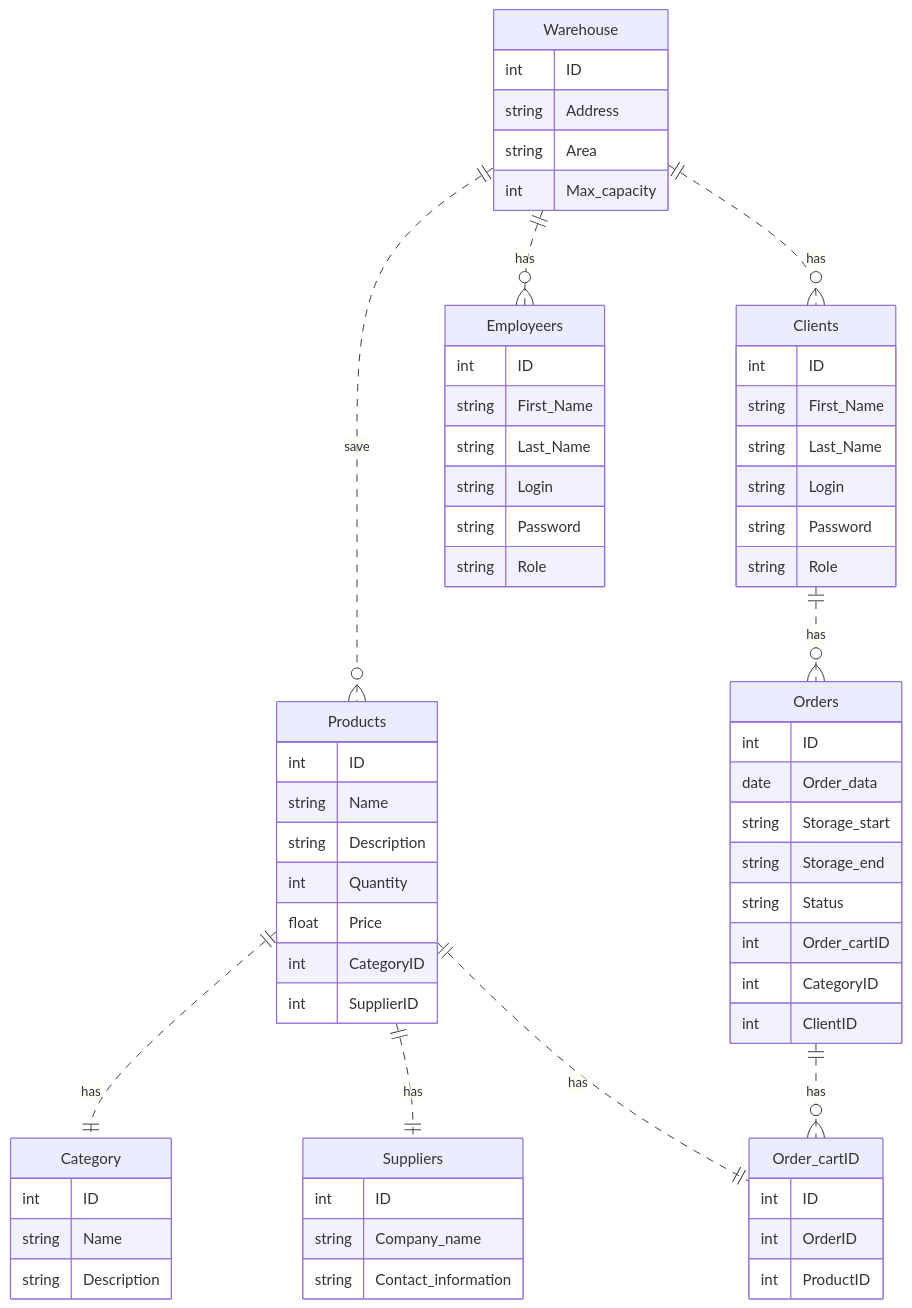
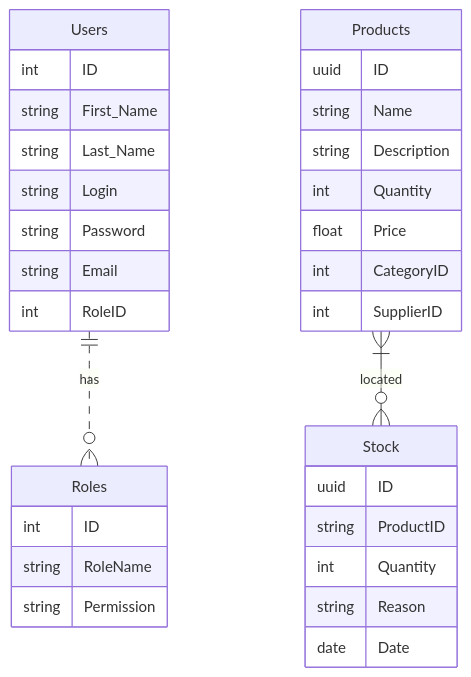
One commit to PortnovAlex80/node_js_pro changed the second of 2 diagrams in api-warehouse/README.md. Above: the diagram before and after it, drawn with Mermaid. The commit also changed other lines of this file, not shown here.

````diff
--- a/api-warehouse/README.md
+++ b/api-warehouse/README.md
@@ -190,77 +449,39 @@
 ```mermaid
 erDiagram
-    Warehouse ||..o{ Products : save
+    Users ||..o{ Roles : has
+    Products }|--o{ Stock : located
 
-    Products ||..|| Category : has
-
-    Products ||..|| Suppliers : has
+    Stock {
+        uuid ID
+        string ProductID
+        int Quantity
+        string Reason
+        date Date        
+    }
     
-    Warehouse ||..o{ Employeers : has
-    Warehouse ||..o{ Clients : has
-    Clients ||..o{ Orders : has
-    Orders ||..o{ Order_cartID : has
-    Products ||..|| Order_cartID : has
-
-    Warehouse {
-        int ID
-        string Address
-        string Area
-        int Max_capacity
-    }
     Products {
-        int ID
+        uuid ID
         string Name
         string Description
         int Quantity
         float Price
         int CategoryID
         int SupplierID
     }
 
-    Category {
-        int ID
-        string Name
-        string Description
-    }
-
-    Suppliers {
-        int ID
-        string Company_name
-        string Contact_information
-    }
-
-    Employeers {
+    Users {
         int ID
         string First_Name
         string Last_Name
         string Login
         string Password
-        string Role
+        string Email
+        int RoleID
     }
-
-    Clients {
+    
+        Roles {
         int ID
-        string First_Name
-        string Last_Name
-        string Login
-        string Password
-        string Role
-    }
-
-    Orders {
-        int ID
-        date Order_data
-        string Storage_start
-        string Storage_end
-        string Status
-        int Order_cartID
-        int CategoryID
-        int ClientID
-    }
-
-Order_cartID {
-        int ID
-        int OrderID
-        int ProductID
-}
+        string RoleName
+        string Permission
+    }    
 ```
````
